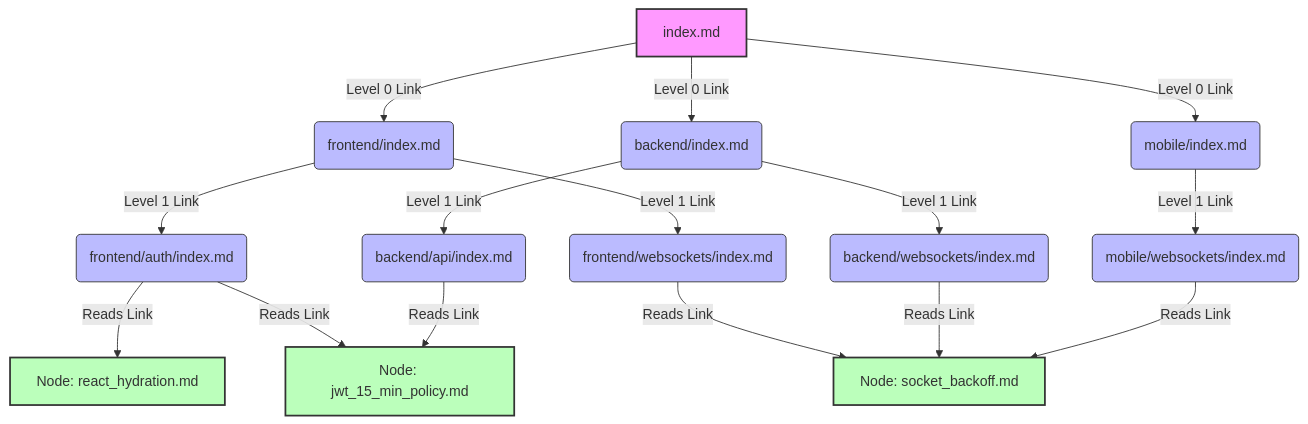
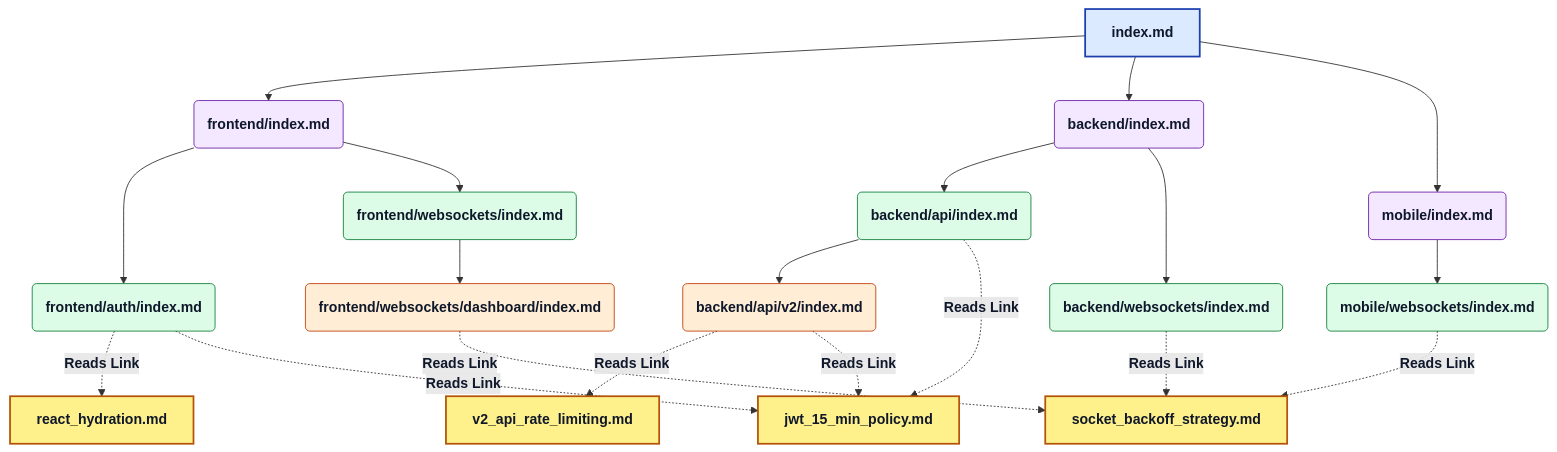
Before and after one commit to kage-core/Kage: the diagram in README.md, drawn with Mermaid.

Commit message:
docs: refresh graph colors and structural depth

````diff
--- a/README.md
+++ b/README.md
@@ -34,39 +34,48 @@
 ```mermaid
 graph TD
-    %% Define Styles
-    classDef root fill:#f9f,stroke:#333,stroke-width:2px;
-    classDef index fill:#bbf,stroke:#333,stroke-width:1px;
-    classDef node fill:#bfb,stroke:#333,stroke-width:2px;
+    %% Define Styles (Soft pastels for high contrast readability)
+    classDef root fill:#dbeafe,stroke:#1e40af,stroke-width:2px,color:#0f172a,font-weight:bold;
+    classDef l1 fill:#f3e8ff,stroke:#6b21a8,stroke-width:1px,color:#0f172a;
+    classDef l2 fill:#dcfce7,stroke:#15803d,stroke-width:1px,color:#0f172a;
+    classDef l3 fill:#ffedd5,stroke:#c2410c,stroke-width:1px,color:#0f172a;
+    classDef node fill:#fef08a,stroke:#b45309,stroke-width:2px,color:#0f172a,font-weight:bold;
 
     %% Level 0
     Root[index.md]:::root
 
-    %% Level 1 Indexes
-    Root -->|Level 0 Link| FrontIdx(frontend/index.md):::index
-    Root -->|Level 0 Link| BackIdx(backend/index.md):::index
-    Root -->|Level 0 Link| MobileIdx(mobile/index.md):::index
+    %% Level 1 Indexes (Domains)
+    Root --> FrontIdx(frontend/index.md):::l1
+    Root --> BackIdx(backend/index.md):::l1
+    Root --> MobileIdx(mobile/index.md):::l1
 
-    %% Level 2 Indexes
-    FrontIdx -->|Level 1 Link| AuthUIIdx(frontend/auth/index.md):::index
-    FrontIdx -->|Level 1 Link| SocketUIIdx(frontend/websockets/index.md):::index
+    %% Level 2 Indexes (Features)
+    FrontIdx --> AuthUIIdx(frontend/auth/index.md):::l2
+    FrontIdx --> SocketUIIdx(frontend/websockets/index.md):::l2
     
-    BackIdx -->|Level 1 Link| ApiIdx(backend/api/index.md):::index
-    BackIdx -->|Level 1 Link| SocketSrvIdx(backend/websockets/index.md):::index
+    BackIdx --> ApiIdx(backend/api/index.md):::l2
+    BackIdx --> SocketSrvIdx(backend/websockets/index.md):::l2
 
-    MobileIdx -->|Level 1 Link| MobileSocketIdx(mobile/websockets/index.md):::index
+    MobileIdx --> MobileSocketIdx(mobile/websockets/index.md):::l2
 
-    %% The Memory Nodes (The Knowledge Base)
-    Node1[Node: react_hydration.md]:::node
-    Node2[Node: jwt_15_min_policy.md]:::node
-    Node3[Node: socket_backoff.md]:::node
+    %% Level 3 Indexes (Deep Routing)
+    ApiIdx --> ApiV2Idx(backend/api/v2/index.md):::l3
+    SocketUIIdx --> DashSocketIdx(frontend/websockets/dashboard/index.md):::l3
 
-    %% The Multi-Path Edges (Standard Markdown Hyperlinks)
-    AuthUIIdx -->|Reads Link| Node1
-    AuthUIIdx -->|Reads Link| Node2
+    %% The Memory Nodes (Central Knowledge Base)
+    Node1[react_hydration.md]:::node
+    Node2[jwt_15_min_policy.md]:::node
+    Node3[socket_backoff_strategy.md]:::node
+    Node4[v2_api_rate_limiting.md]:::node
+
+    %% The Multi-Path Edges (Markdown Links)
+    AuthUIIdx -.->|Reads Link| Node1
+    AuthUIIdx -.->|Reads Link| Node2
     
-    ApiIdx -->|Reads Link| Node2
+    ApiIdx -.->|Reads Link| Node2
+    ApiV2Idx -.->|Reads Link| Node4
+    ApiV2Idx -.->|Reads Link| Node2
     
-    SocketUIIdx -->|Reads Link| Node3
-    SocketSrvIdx -->|Reads Link| Node3
-    MobileSocketIdx -->|Reads Link| Node3
+    DashSocketIdx -.->|Reads Link| Node3
+    SocketSrvIdx -.->|Reads Link| Node3
+    MobileSocketIdx -.->|Reads Link| Node3
 ```
````
